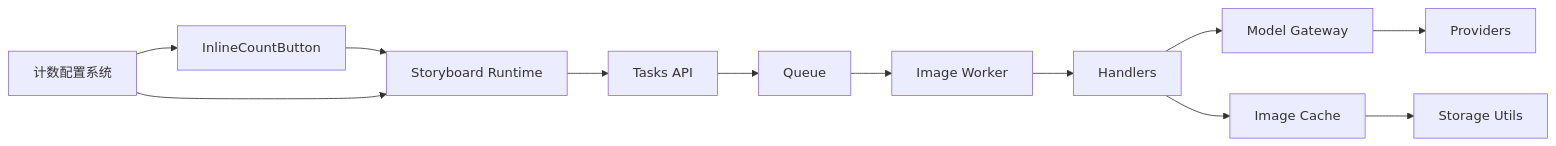
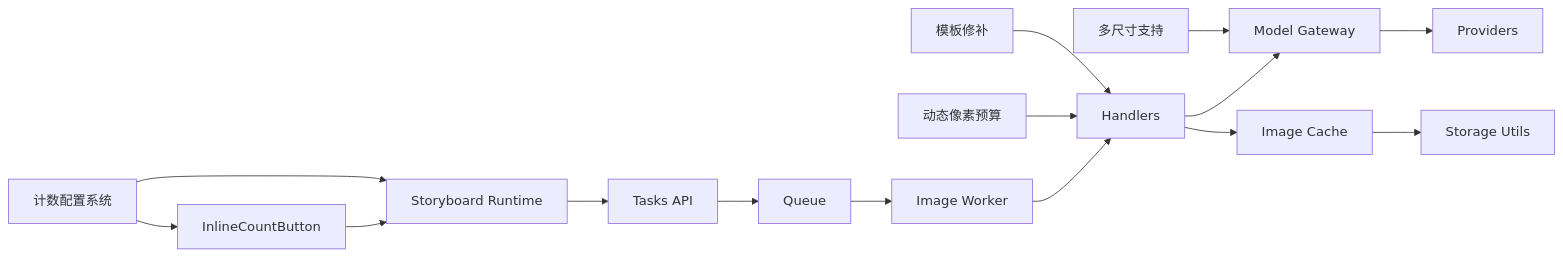
The tenth of 10 diagrams in .qoder/repowiki/zh/content/小说推广工作流/图像生成集成.md (lyl2021/waoowaoo), drawn with Mermaid before and after one commit. The commit also changed other lines of this file and 15 other files, not shown here.

````diff
--- a/.qoder/repowiki/zh/content/小说推广工作流/图像生成集成.md
+++ b/.qoder/repowiki/zh/content/小说推广工作流/图像生成集成.md
@@ -449,14 +578,17 @@
 ```mermaid
 graph LR
 A["InlineCountButton"] --> B["Storyboard Runtime"]
 B --> C["Tasks API"]
 C --> D["Queue"]
 D --> E["Image Worker"]
 E --> F["Handlers"]
 F --> G["Model Gateway"]
 G --> H["Providers"]
 F --> I["Image Cache"]
 I --> J["Storage Utils"]
 K["计数配置系统"] --> A
 K --> B
+L["动态像素预算"] --> F
+M["模板修补"] --> F
+N["多尺寸支持"] --> G
 ```
````
